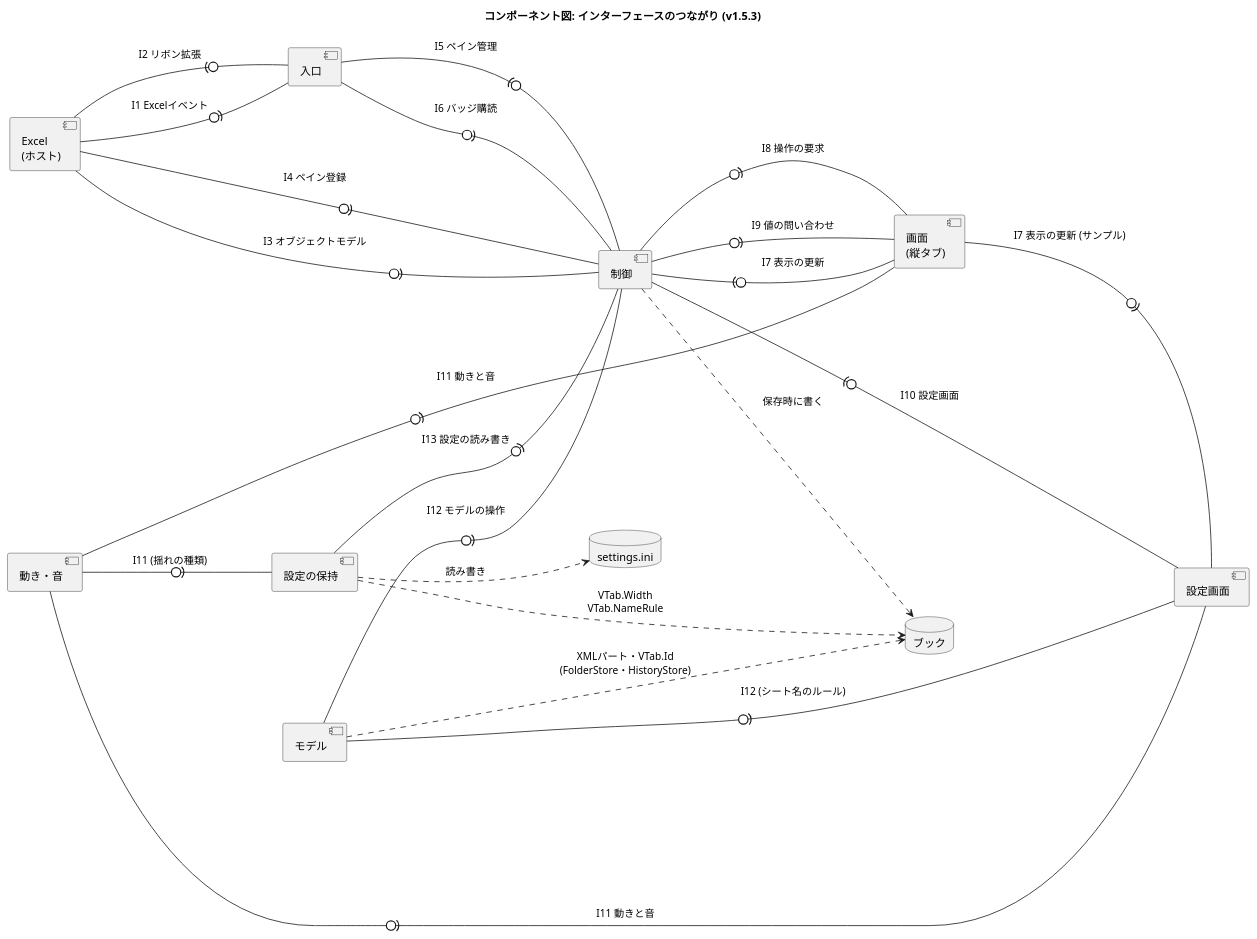
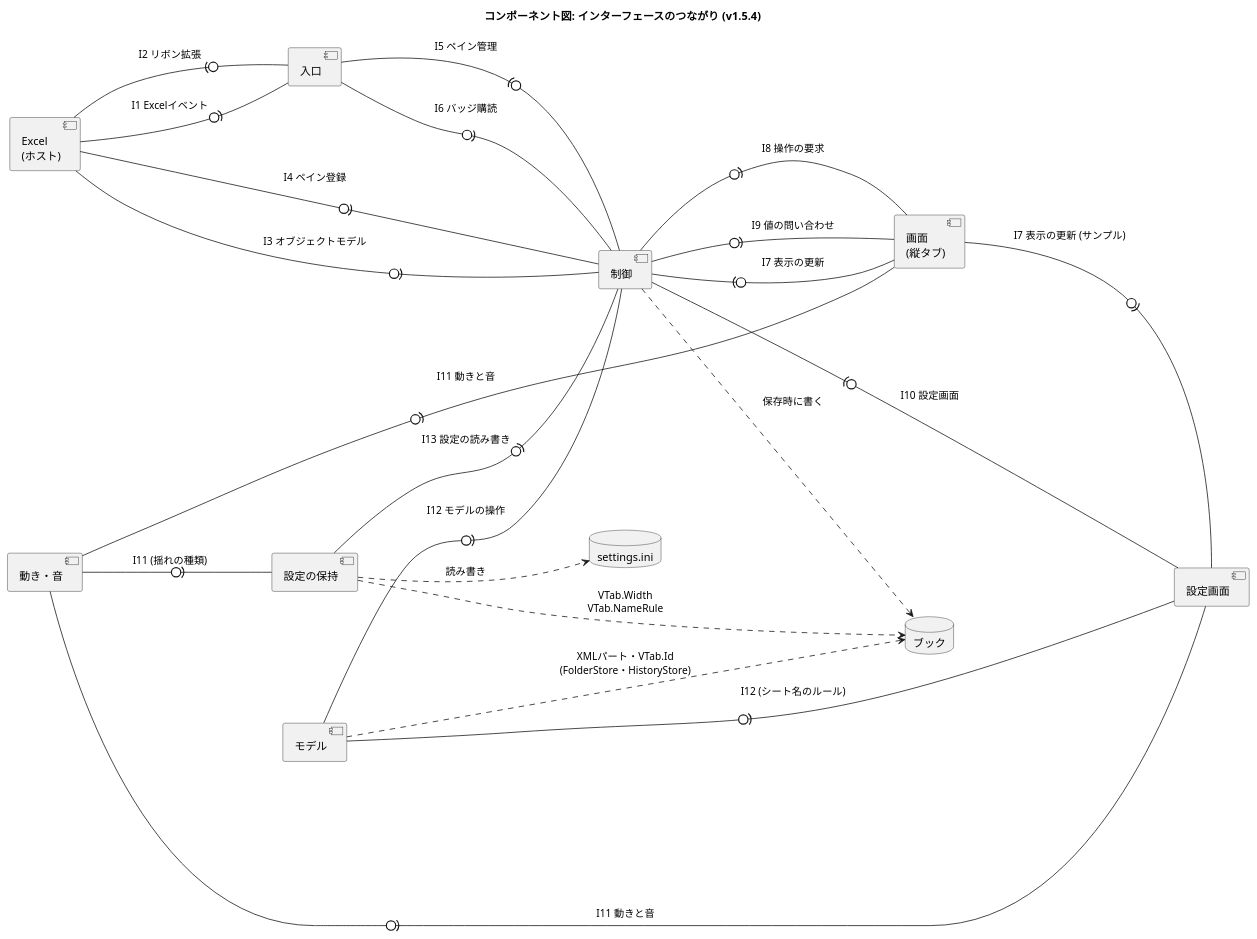
One commit to nk-taka623/VerticalSheetTabs changed the diagram in docs/component-interface.puml. Above: the diagram before and after it, drawn with PlantUML. The commit also changed 16 other files, not shown here.

```diff
--- a/docs/component-interface.puml
+++ b/docs/component-interface.puml
@@ -1,43 +1,43 @@
 @startuml
-title コンポーネント図: インターフェースのつながり (v1.5.3)
+title コンポーネント図: インターフェースのつながり (v1.5.4)
 left to right direction
 skinparam componentStyle uml2
 skinparam shadowing false
 skinparam nodesep 50
 skinparam ranksep 110
 
 component "Excel\n(ホスト)" as HOST
 component "入口" as ENTRY
 component "制御" as CTRL
 component "画面\n(縦タブ)" as VIEW
 component "設定画面" as SETTINGS
 component "動き・音" as FX
 component "モデル" as MODEL
 component "設定の保持" as CONFIG
 database "ブック" as BOOK
 database "settings.ini" as INI
 
 ' 「提供側 -0)- 利用側」: 丸が提供するインターフェース、受け口が利用 (I1 から I13 は、DEVELOPMENT.md の表)
 HOST -0)- ENTRY : I1 Excelイベント
 ENTRY -0)- HOST : I2 リボン拡張
 HOST -0)- CTRL : I3 オブジェクトモデル
 HOST -0)- CTRL : I4 ペイン登録
 CTRL -0)- ENTRY : I5 ペイン管理
 ENTRY -0)- CTRL : I6 バッジ購読
 VIEW -0)- CTRL : I7 表示の更新
 CTRL -0)- VIEW : I8 操作の要求
 CTRL -0)- VIEW : I9 値の問い合わせ
 SETTINGS -0)- CTRL : I10 設定画面
 VIEW -0)- SETTINGS : I7 表示の更新 (サンプル)
 FX -0)- VIEW : I11 動きと音
 FX -0)- SETTINGS : I11 動きと音
 FX -0)- CONFIG : I11 (揺れの種類)
 MODEL -0)- CTRL : I12 モデルの操作
 MODEL -0)- SETTINGS : I12 (シート名のルール)
 CONFIG -0)- CTRL : I13 設定の読み書き
 
 CTRL ..> BOOK : 保存時に書く
 MODEL ..> BOOK : XMLパート・VTab.Id\n(FolderStore・HistoryStore)
 CONFIG ..> BOOK : VTab.Width\nVTab.NameRule
 CONFIG ..> INI : 読み書き
 @enduml
```
